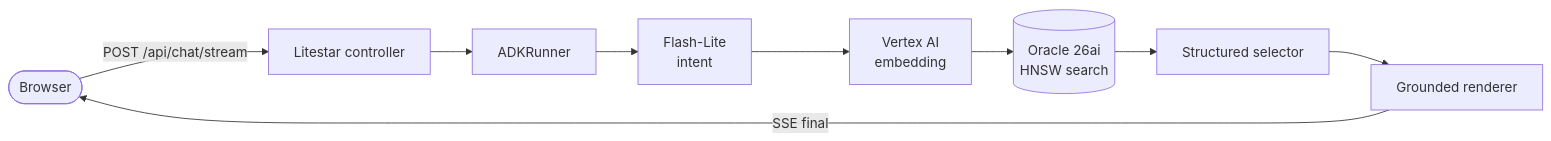
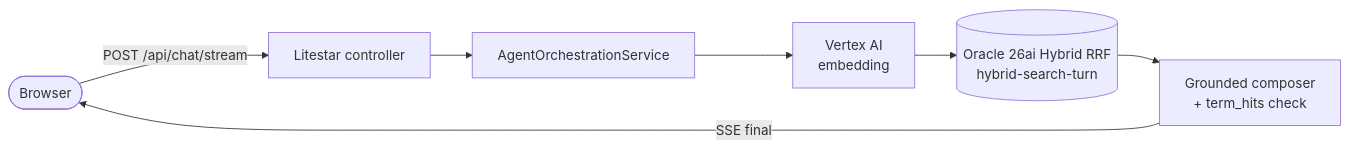
One commit to cofin/oracledb-vertexai-demo changed the first of 3 diagrams in docs/tour.md. Above: the diagram before and after it, drawn with Mermaid. The commit also changed other lines of this file and 468 other files, not shown here.

First line of the commit message:
feat(ai): native Gemini 3.8 Flash runtime, Oracle 26ai Hybrid RRF, MCP/A2A, and Oracle Queues (#94)

````diff
--- a/docs/tour.md
+++ b/docs/tour.md
@@ -28,11 +27,9 @@
 ```{mermaid}
 flowchart LR
     B([Browser]) -->|POST /api/chat/stream| C[Litestar controller]
-    C --> R[ADKRunner]
-    R --> I[Flash-Lite<br/>intent]
-    I --> V[Vertex AI<br/>embedding]
-    V --> O[(Oracle 26ai<br/>HNSW search)]
-    O --> S[Structured selector]
-    S --> F[Grounded renderer]
-    F -->|SSE final| B
+    C --> R[AgentOrchestrationService]
+    R --> V[Vertex AI<br/>embedding]
+    V --> O[(Oracle 26ai Hybrid RRF<br/>hybrid-search-turn)]
+    O --> G[Grounded composer<br/>+ term_hits check]
+    G -->|SSE final| B
 ```
````
